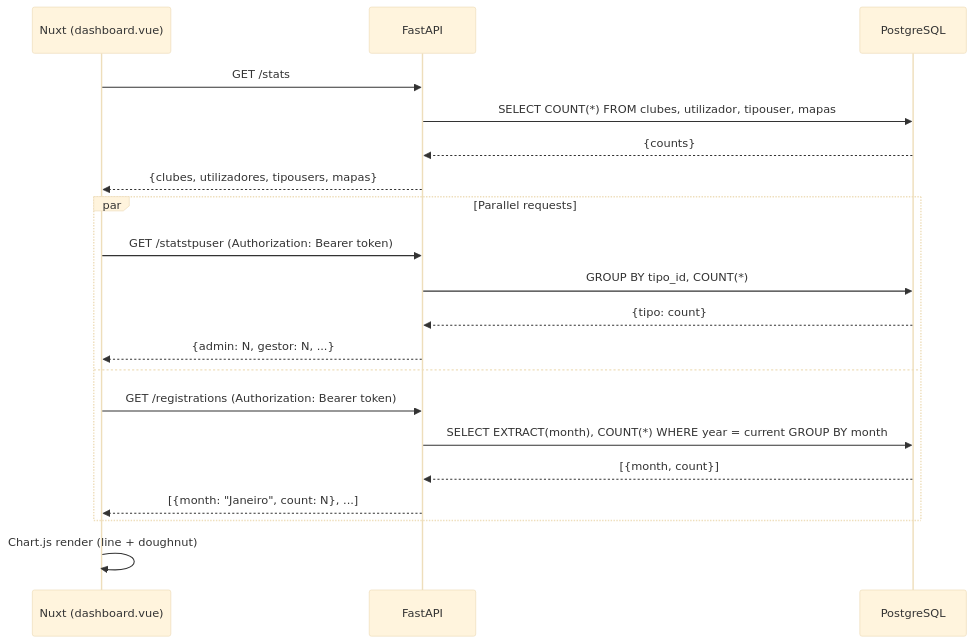
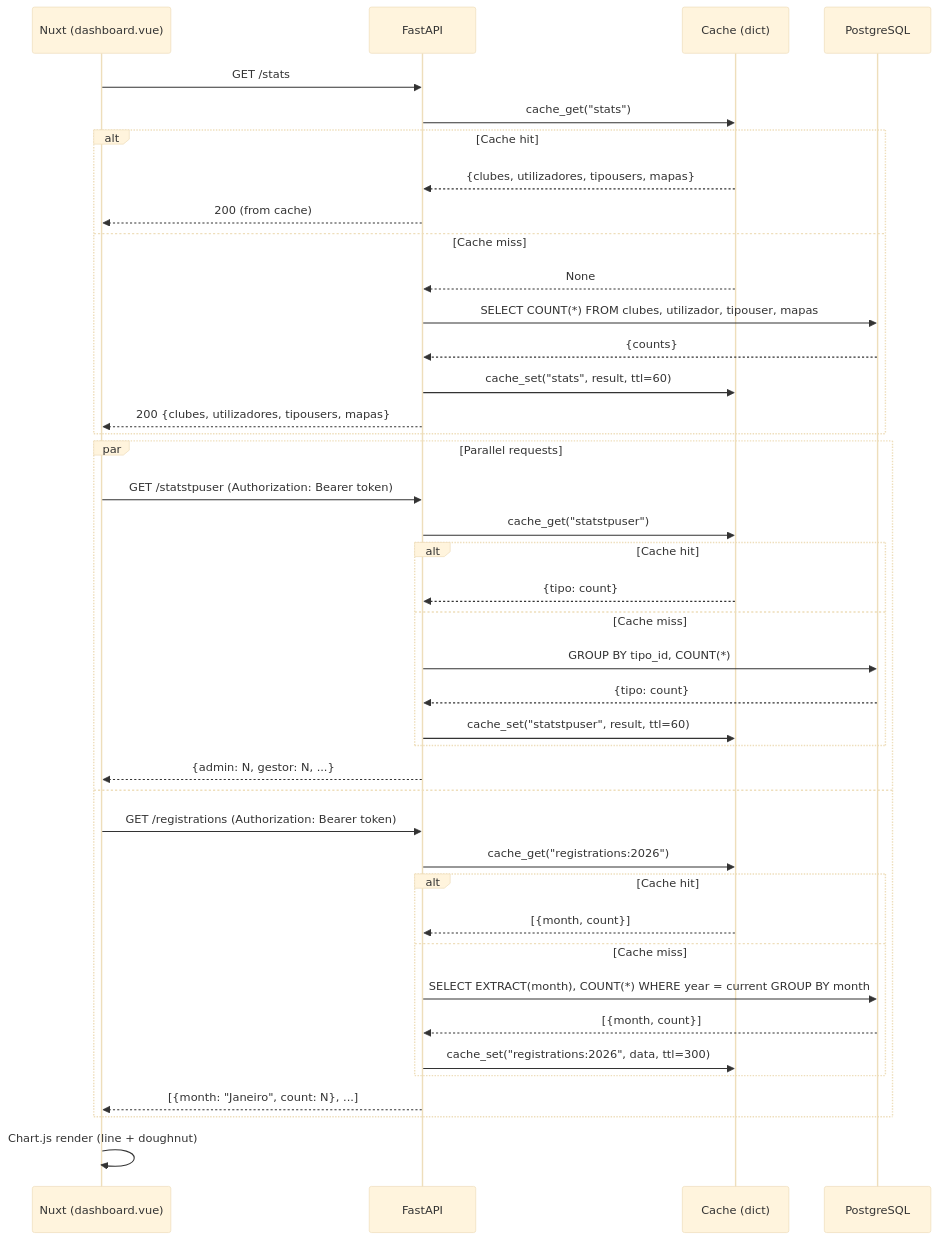
One commit to Wand-DenaXy/-Manueli-s-Clubes changed the eighth of 8 diagrams in README.md. Above: the diagram before and after it, drawn with Mermaid (base theme). The commit also changed other lines of this file and 4 other files, not shown here.

````diff
--- a/README.md
+++ b/README.md
@@ -245,25 +321,46 @@
 ```mermaid
 sequenceDiagram
     participant F as Nuxt (dashboard.vue)
     participant API as FastAPI
+    participant C as Cache (dict)
     participant DB as PostgreSQL
 
     F->>API: GET /stats
-    API->>DB: SELECT COUNT(*) FROM clubes, utilizador, tipouser, mapas
-    DB-->>API: {counts}
-    API-->>F: {clubes, utilizadores, tipousers, mapas}
+    API->>C: cache_get("stats")
+    alt Cache hit
+        C-->>API: {clubes, utilizadores, tipousers, mapas}
+        API-->>F: 200 (from cache)
+    else Cache miss
+        C-->>API: None
+        API->>DB: SELECT COUNT(*) FROM clubes, utilizador, tipouser, mapas
+        DB-->>API: {counts}
+        API->>C: cache_set("stats", result, ttl=60)
+        API-->>F: 200 {clubes, utilizadores, tipousers, mapas}
+    end
 
     par Parallel requests
         F->>API: GET /statstpuser (Authorization: Bearer token)
-        API->>DB: GROUP BY tipo_id, COUNT(*)
-        DB-->>API: {tipo: count}
+        API->>C: cache_get("statstpuser")
+        alt Cache hit
+            C-->>API: {tipo: count}
+        else Cache miss
+            API->>DB: GROUP BY tipo_id, COUNT(*)
+            DB-->>API: {tipo: count}
+            API->>C: cache_set("statstpuser", result, ttl=60)
+        end
         API-->>F: {admin: N, gestor: N, ...}
     and
         F->>API: GET /registrations (Authorization: Bearer token)
-        API->>DB: SELECT EXTRACT(month), COUNT(*) WHERE year = current GROUP BY month
-        DB-->>API: [{month, count}]
+        API->>C: cache_get("registrations:2026")
+        alt Cache hit
+            C-->>API: [{month, count}]
+        else Cache miss
+            API->>DB: SELECT EXTRACT(month), COUNT(*) WHERE year = current GROUP BY month
+            DB-->>API: [{month, count}]
+            API->>C: cache_set("registrations:2026", data, ttl=300)
+        end
         API-->>F: [{month: "Janeiro", count: N}, ...]
     end
 
     F->>F: Chart.js render (line + doughnut)
 ```
````
